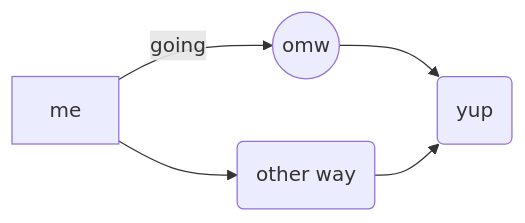
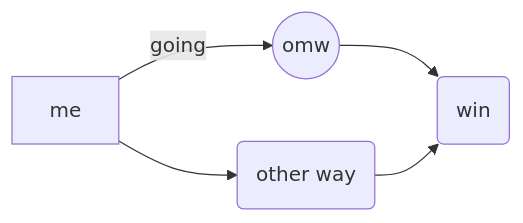
The diagram in README.md (denniwang/dennis-wang-portfolio), drawn with Mermaid before and after one commit.

````diff
--- a/README.md
+++ b/README.md
@@ -6,7 +6,7 @@
 ```mermaid
 graph LR
 A[me] -- going --> B((omw))
 A --> C(other way)
-B --> D(yup)
+B --> D(win)
 C --> D
 ```
````
